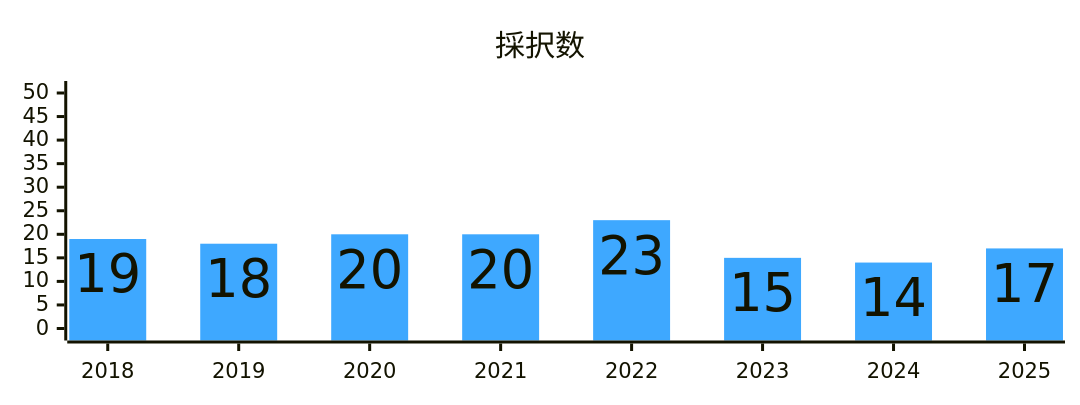
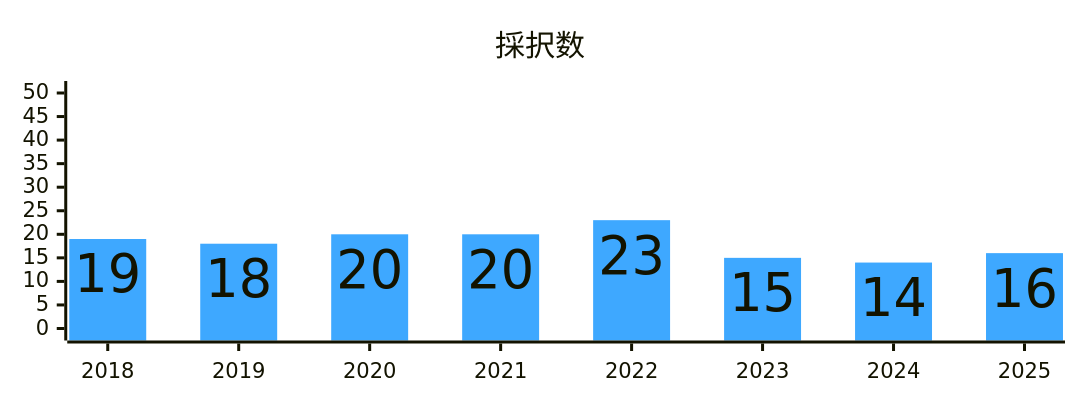
Before and after one commit to psbss/blog: the eighth of 21 diagrams in articles/iosdc-2025-cfp.md, drawn with Mermaid. The commit also changed other lines of this file, not shown here.

````diff
--- a/articles/iosdc-2025-cfp.md
+++ b/articles/iosdc-2025-cfp.md
@@ -203,16 +203,16 @@
 ```mermaid
 ---
 config:
     xyChart:
         height: 250
         showDataLabel: true
     themeVariables:
         xyChart:
             plotColorPalette: '#3EA8FF'
 ---
 xychart-beta
     title "採択数"
     x-axis [2018, 2019, 2020, 2021, 2022, 2023, 2024, 2025]
     y-axis 0 --> 50
-    bar [19, 18, 20, 20, 23, 15, 14, 17]
+    bar [19, 18, 20, 20, 23, 15, 14, 16]
 ```
````
